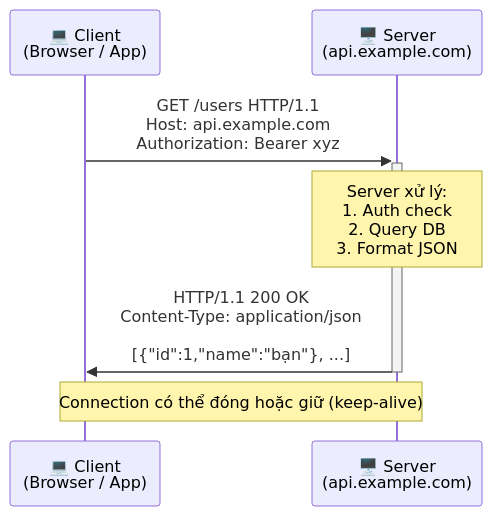
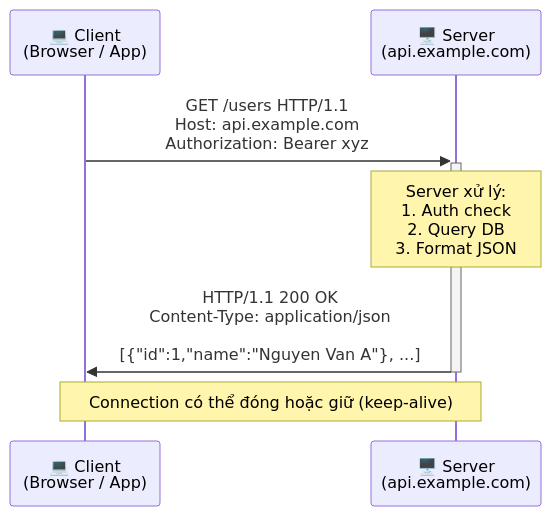
Before and after one commit to thanhdevops95/Dev-knowledge: the first of 3 diagrams in 05_networking/http-https/lessons/01_basic/00_what-is-http.md, drawn with Mermaid. The commit also changed other lines of this file and 483 other files, not shown here.

````diff
--- a/05_networking/http-https/lessons/01_basic/00_what-is-http.md
+++ b/05_networking/http-https/lessons/01_basic/00_what-is-http.md
@@ -108,11 +107,11 @@
 ```mermaid
 sequenceDiagram
     participant C as 💻 Client<br/>(Browser / App)
     participant S as 🖥️ Server<br/>(api.example.com)
 
     C->>+S: GET /users HTTP/1.1<br/>Host: api.example.com<br/>Authorization: Bearer xyz
     Note over S: Server xử lý:<br/>1. Auth check<br/>2. Query DB<br/>3. Format JSON
-    S->>-C: HTTP/1.1 200 OK<br/>Content-Type: application/json<br/><br/>[{"id":1,"name":"bạn"}, ...]
+    S->>-C: HTTP/1.1 200 OK<br/>Content-Type: application/json<br/><br/>[{"id":1,"name":"Nguyen Van A"}, ...]
 
     Note over C,S: Connection có thể đóng hoặc giữ (keep-alive)
 ```
````
